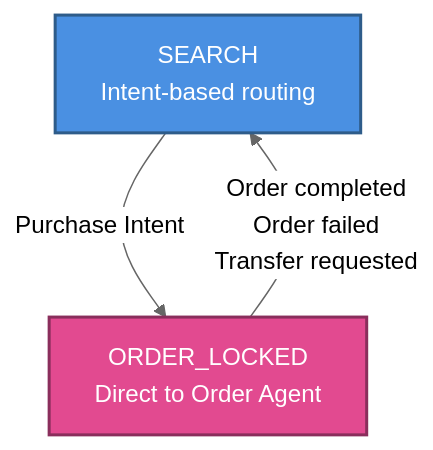
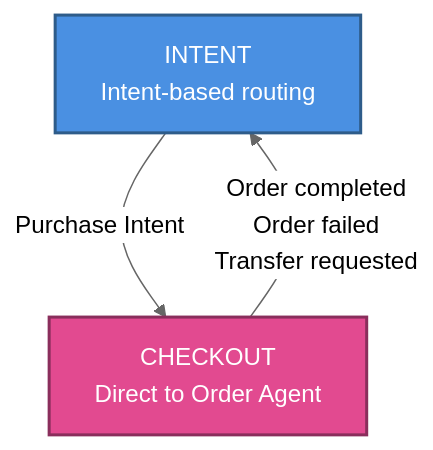
Before and after one commit to thecodingpoet/ecommerce-bot: the second of 2 diagrams in docs/architecture.md, drawn with Mermaid (neutral theme). The commit also changed other lines of this file and 1 other file, not shown here.

Commit message:
Rename Orchestrator states to INTENT and CHECKOUT to better reflect user journey

````diff
--- a/docs/architecture.md
+++ b/docs/architecture.md
@@ -128,8 +128,8 @@
 ```mermaid
 flowchart TD
-    SEARCH[SEARCH<br/>Intent-based routing] -->|Purchase Intent| ORDER[ORDER_LOCKED<br/>Direct to Order Agent]
-    ORDER -->|Order completed<br/>Order failed<br/>Transfer requested| SEARCH
+    INTENT[INTENT<br/>Intent-based routing] -->|Purchase Intent| CHECKOUT[CHECKOUT<br/>Direct to Order Agent]
+    CHECKOUT -->|Order completed<br/>Order failed<br/>Transfer requested| INTENT
     
-    style SEARCH fill:#4A90E2,stroke:#2E5C8A,stroke-width:2px,color:#fff
-    style ORDER fill:#E24A90,stroke:#8A2E5C,stroke-width:2px,color:#fff
+    style INTENT fill:#4A90E2,stroke:#2E5C8A,stroke-width:2px,color:#fff
+    style CHECKOUT fill:#E24A90,stroke:#8A2E5C,stroke-width:2px,color:#fff
 ```
````
